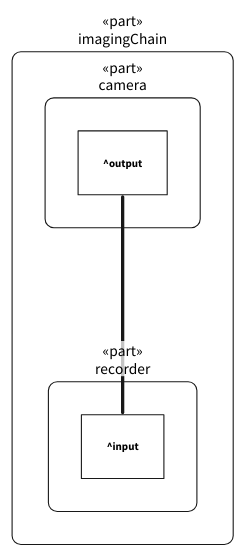
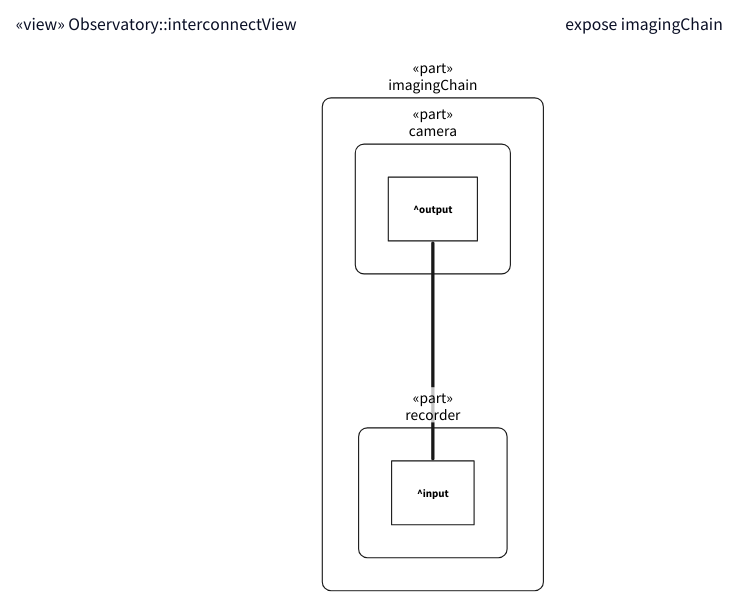
One commit to Open-MBEE/OpenSysML changed the first of 2 diagrams in internal/doc/docrender/testdata/telescope_report.d2.golden.md. Above: the diagram before and after it, drawn with D2. The commit also changed 50 other files, not shown here.

First line of the commit message:
fix(view): carry the view frame through PlantUML, the proto and the committed outputs

````diff
--- a/internal/doc/docrender/testdata/telescope_report.d2.golden.md
+++ b/internal/doc/docrender/testdata/telescope_report.d2.golden.md
@@ -83,20 +83,22 @@
 ```d2
 # Observatory::interconnectView — interconnection rendering (render asInterconnectionDiagram)
 classes: {
   usage: { style: { fill: white; stroke: "#181818"; stroke-width: 1; font-color: black; font-size: 14; border-radius: 8 } }
   pin: { style: { fill: white; stroke: "#181818"; stroke-width: 1; font-color: black; font-size: 10 } }
   connection: { style: { stroke: "#181818"; font-size: 13; font-color: black; stroke-width: 3 } }
 }
 n0: "«part»\nimagingChain" {
   class: usage
   n1: "«part»\ncamera" {
     class: usage
     "n1.0": "^output" { class: pin }
   }
   n2: "«part»\nrecorder" {
     class: usage
     "n2.0": "^input" { class: pin }
   }
 }
 n0.n1."n1.0" -- n0.n2."n2.0": { class: connection }
+frame_name: "«view» Observatory::interconnectView" { shape: text; near: top-left }
+frame_tr: "expose imagingChain" { shape: text; near: top-right }
 ```
````
